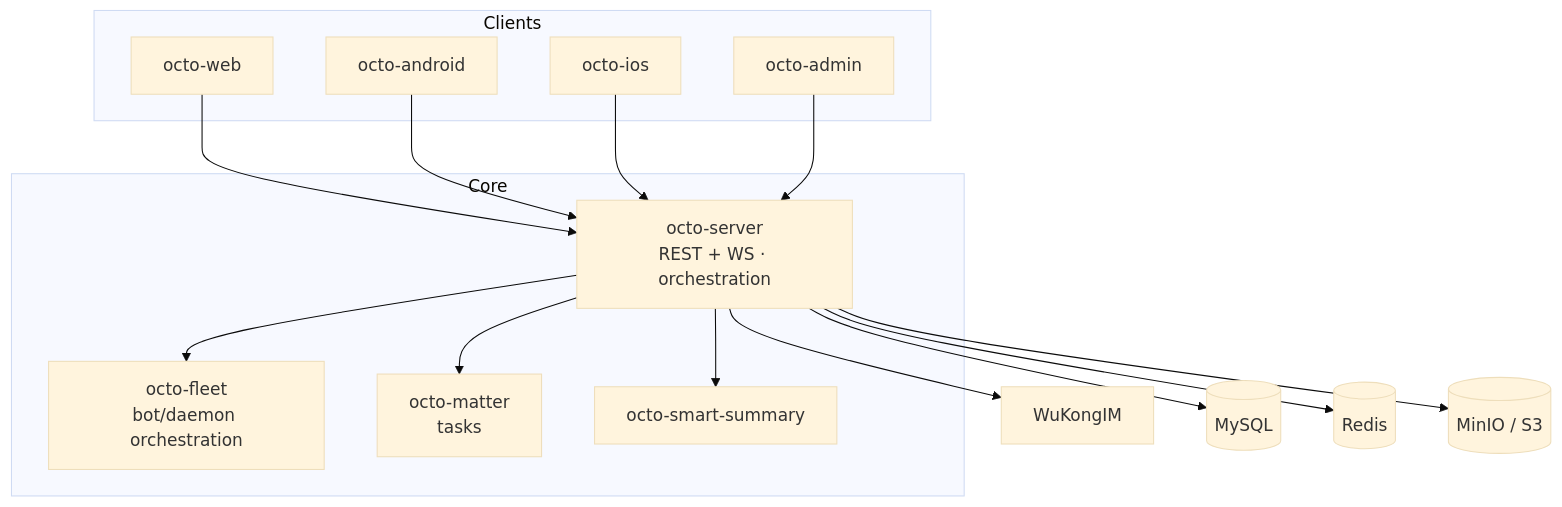
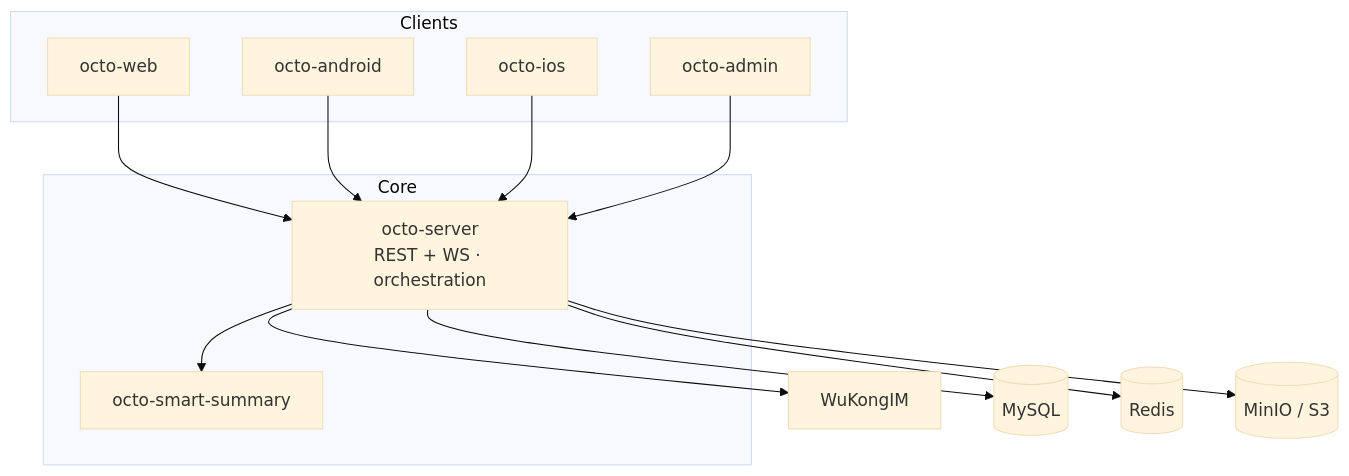
One commit to Mininglamp-OSS/octo-docs changed the diagram in concepts/architecture-overview.mdx. Above: the diagram before and after it, drawn with Mermaid (base theme). The commit also changed other lines of this file and 60 other files, not shown here.

````diff
--- a/concepts/architecture-overview.mdx
+++ b/concepts/architecture-overview.mdx
@@ -13,31 +13,27 @@
 ```mermaid
 graph TD
   subgraph Clients
     web[octo-web]
     android[octo-android]
     ios[octo-ios]
     admin[octo-admin]
   end
   subgraph Core
     server[octo-server<br/>REST + WS · orchestration]
-    fleet[octo-fleet<br/>bot/daemon orchestration]
-    matter[octo-matter<br/>tasks]
     summary[octo-smart-summary]
   end
   wk[WuKongIM]
   db[(MySQL)]
   redis[(Redis)]
   obj[(MinIO / S3)]
 
   web --> server
   android --> server
   ios --> server
   admin --> server
   server --> wk
-  server --> matter
   server --> summary
-  server --> fleet
   server --> db
   server --> redis
   server --> obj
 ```
````
